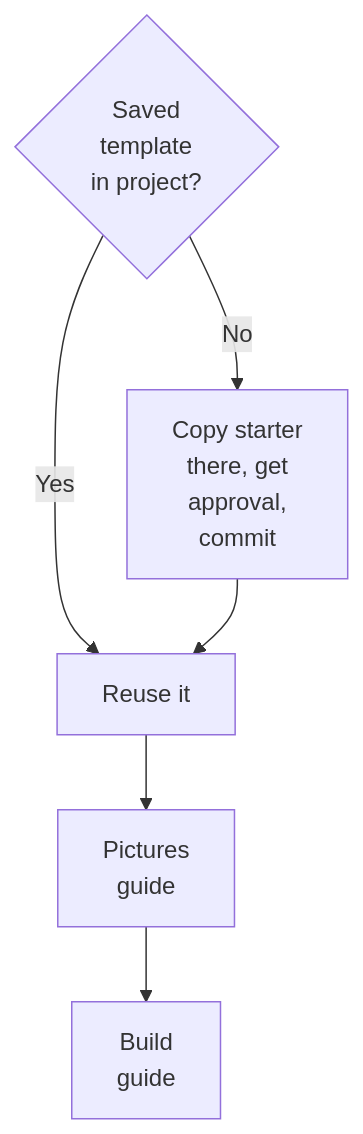
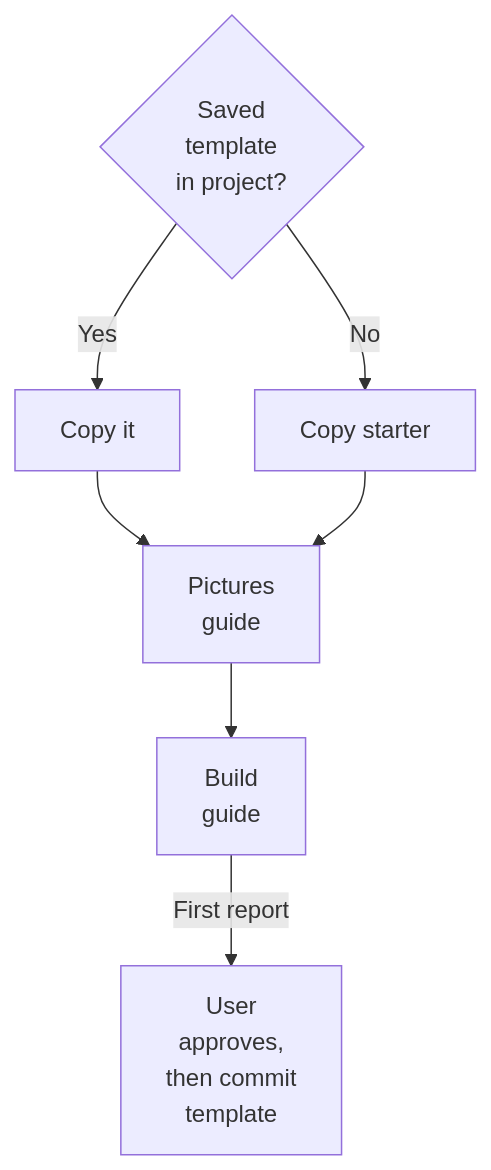
Before and after one commit to sgaabdu4/hard-eng: the diagram in .agents/skills/client-report/SKILL.md, drawn with Mermaid. The commit also changed other lines of this file and 5 other files, not shown here.

````diff
--- a/.agents/skills/client-report/SKILL.md
+++ b/.agents/skills/client-report/SKILL.md
@@ -12,10 +12,11 @@
 ```mermaid
 flowchart TD
-  T{"Saved<br>template<br>in project?"} -->|Yes| R["Reuse it"]
-  T -->|No| S["Copy starter<br>there, get<br>approval,<br>commit"]
-  S --> R
+  T{"Saved<br>template<br>in project?"} -->|Yes| R["Copy it"]
+  T -->|No| S["Copy starter"]
   R --> P["Pictures<br>guide"]
+  S --> P
   P --> B["Build<br>guide"]
+  B -->|First report| A["User<br>approves,<br>then commit<br>template"]
   click P "references/pictures.md"
   click B "references/build.md"
 ```
````
